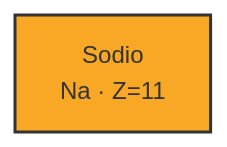
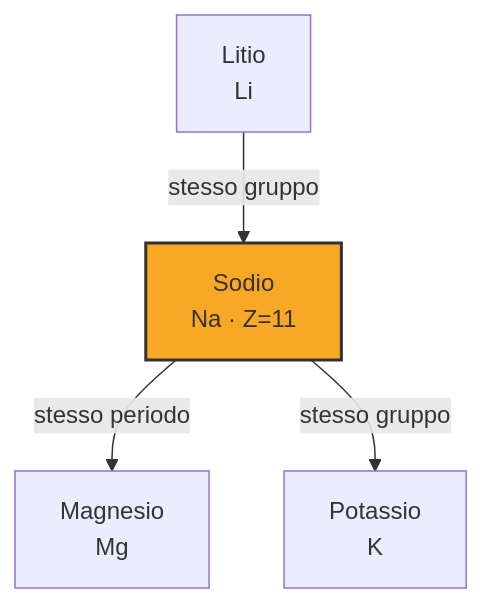
One commit to gianlucaciarcelluti/elements-caos changed the second of 3 diagrams in vault/Elementi/Sodio.md. Above: the diagram before and after it, drawn with Mermaid. The commit also changed other lines of this file and 517 other files, not shown here.

````diff
--- a/vault/Elementi/Sodio.md
+++ b/vault/Elementi/Sodio.md
@@ -50,5 +50,11 @@
 ```mermaid
 flowchart TB
+    S["Litio<br/>Li"]
+    S -->|stesso gruppo| C
     C["Sodio<br/>Na · Z=11"]
+    R["Magnesio<br/>Mg"]
+    C -->|stesso periodo| R
+    G["Potassio<br/>K"]
+    C -->|stesso gruppo| G
     style C fill:#f9a825,stroke:#333,stroke-width:2px
 ```
````
